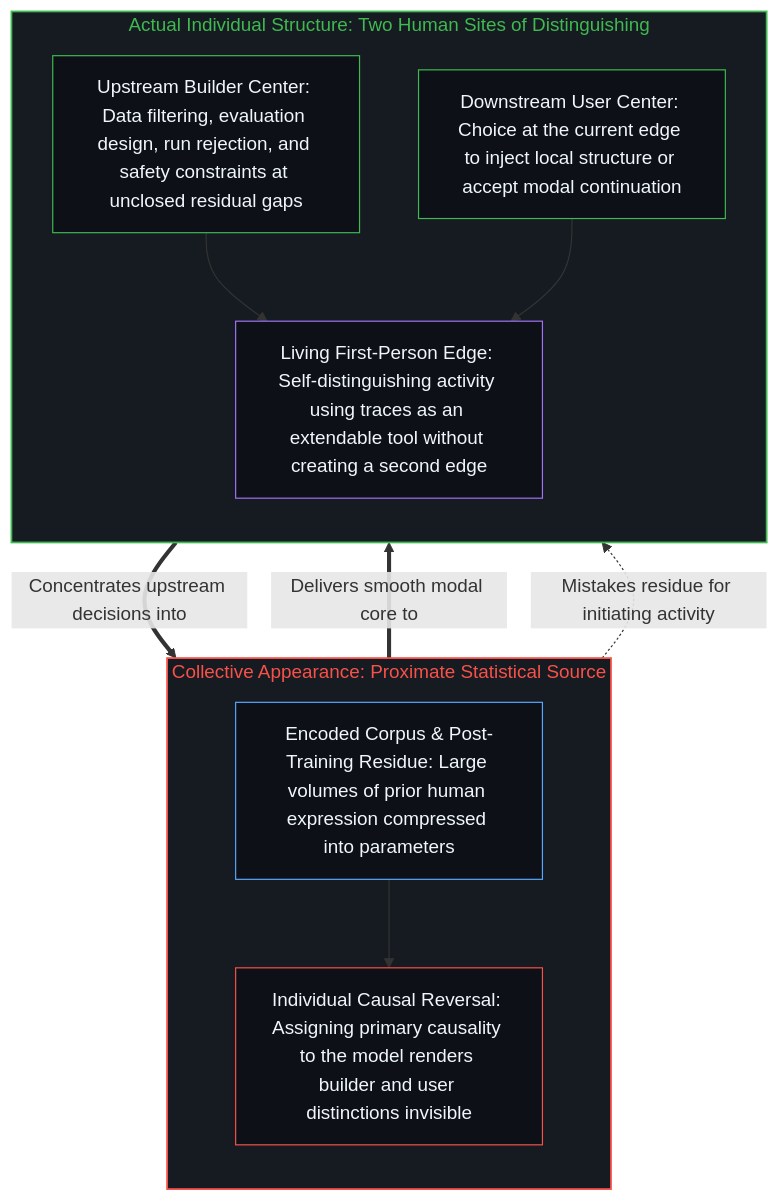
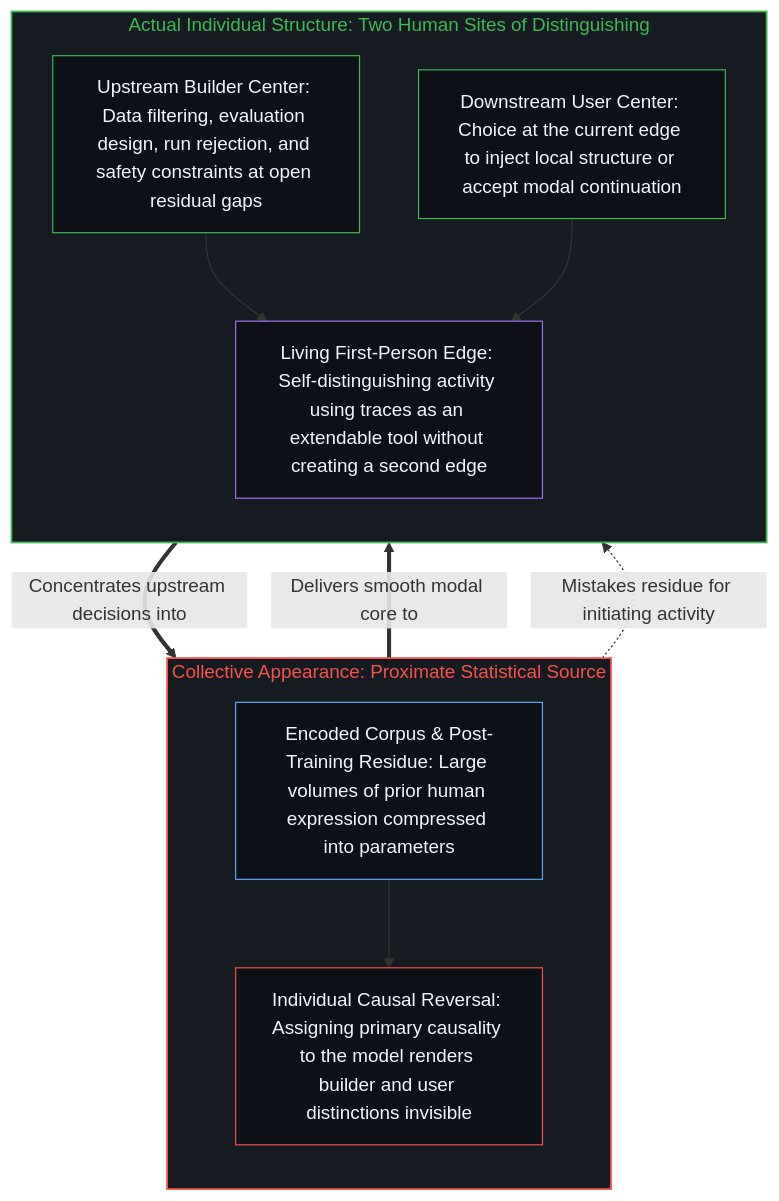
One commit to powerpig99/not-a-toe changed the fourth of 4 diagrams in content/posts/clean-averaging-and-residual-choice.md. Above: the diagram before and after it, drawn with Mermaid. The commit also changed other lines of this file and 3 other files, not shown here.

````diff
--- a/content/posts/clean-averaging-and-residual-choice.md
+++ b/content/posts/clean-averaging-and-residual-choice.md
@@ -131,27 +131,27 @@
 ```mermaid
 flowchart TD
     subgraph S_Collective["Collective Appearance: Proximate Statistical Source"]
         direction TB
         P_Pool["Encoded Corpus & Post-Training Residue: Large volumes of prior human expression compressed into parameters"]
         P_Invert["Individual Causal Reversal: Assigning primary causality to the model renders builder and user distinctions invisible"]
         P_Pool --> P_Invert
     end
     subgraph S_Sites["Actual Individual Structure: Two Human Sites of Distinguishing"]
         direction TB
-        B_Site["Upstream Builder Center: Data filtering, evaluation design, run rejection, and safety constraints at unclosed residual gaps"]
+        B_Site["Upstream Builder Center: Data filtering, evaluation design, run rejection, and safety constraints at open residual gaps"]
         U_Site["Downstream User Center: Choice at the current edge to inject local structure or accept modal continuation"]
         Edge_Return["Living First-Person Edge: Self-distinguishing activity using traces as an extendable tool without creating a second edge"]
         B_Site --> Edge_Return
         U_Site --> Edge_Return
     end
     B_Site ==>|"Concentrates upstream decisions into"| P_Pool
     P_Pool ==>|"Delivers smooth modal core to"| U_Site
     P_Invert -.->|"Mistakes residue for initiating activity"| Edge_Return
     style S_Collective fill:#161b22,stroke:#f85149,stroke-width:1.5px,color:#f85149
     style S_Sites fill:#161b22,stroke:#3fb950,stroke-width:1.5px,color:#3fb950
     style P_Pool fill:#0d1117,stroke:#58a6ff,stroke-width:1px,color:#f0f6fc
     style P_Invert fill:#0d1117,stroke:#f85149,stroke-width:1px,color:#f0f6fc
     style B_Site fill:#0d1117,stroke:#3fb950,stroke-width:1px,color:#f0f6fc
     style U_Site fill:#0d1117,stroke:#3fb950,stroke-width:1px,color:#f0f6fc
     style Edge_Return fill:#0d1117,stroke:#a371f7,stroke-width:1px,color:#f0f6fc
 ```
````
